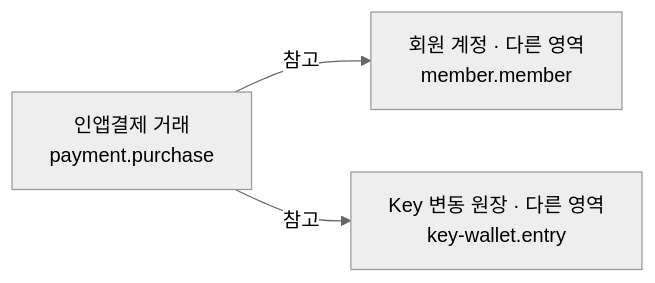
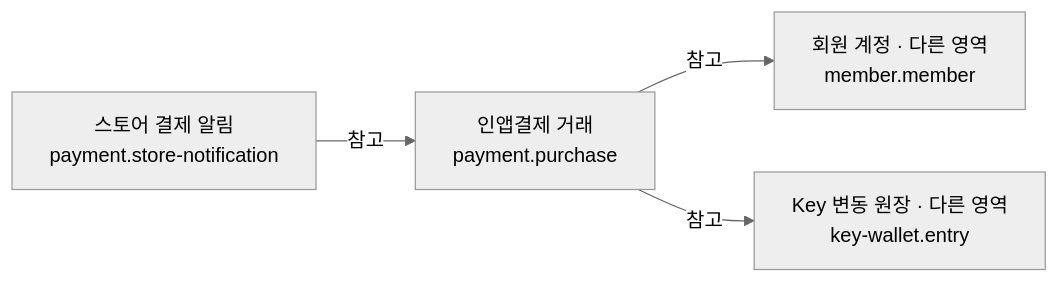
Before and after one commit to coupler-developer/docs: the first of 3 diagrams in content/architecture/payment-system.md, drawn with Mermaid (neutral theme). The commit also changed other lines of this file and 4 other files, not shown here.

````diff
--- a/content/architecture/payment-system.md
+++ b/content/architecture/payment-system.md
@@ -21,8 +21,10 @@
 ```mermaid
 flowchart LR
     entity_key_dash_wallet_dot_entry["Key 변동 원장 · 다른 영역<br/>key-wallet.entry"]
     entity_member_dot_member["회원 계정 · 다른 영역<br/>member.member"]
     entity_payment_dot_purchase["인앱결제 거래<br/>payment.purchase"]
+    entity_payment_dot_store_dash_notification["스토어 결제 알림<br/>payment.store-notification"]
     entity_payment_dot_purchase -->|"참고"| entity_member_dot_member
     entity_payment_dot_purchase -->|"참고"| entity_key_dash_wallet_dot_entry
+    entity_payment_dot_store_dash_notification -->|"참고"| entity_payment_dot_purchase
 ```
````
